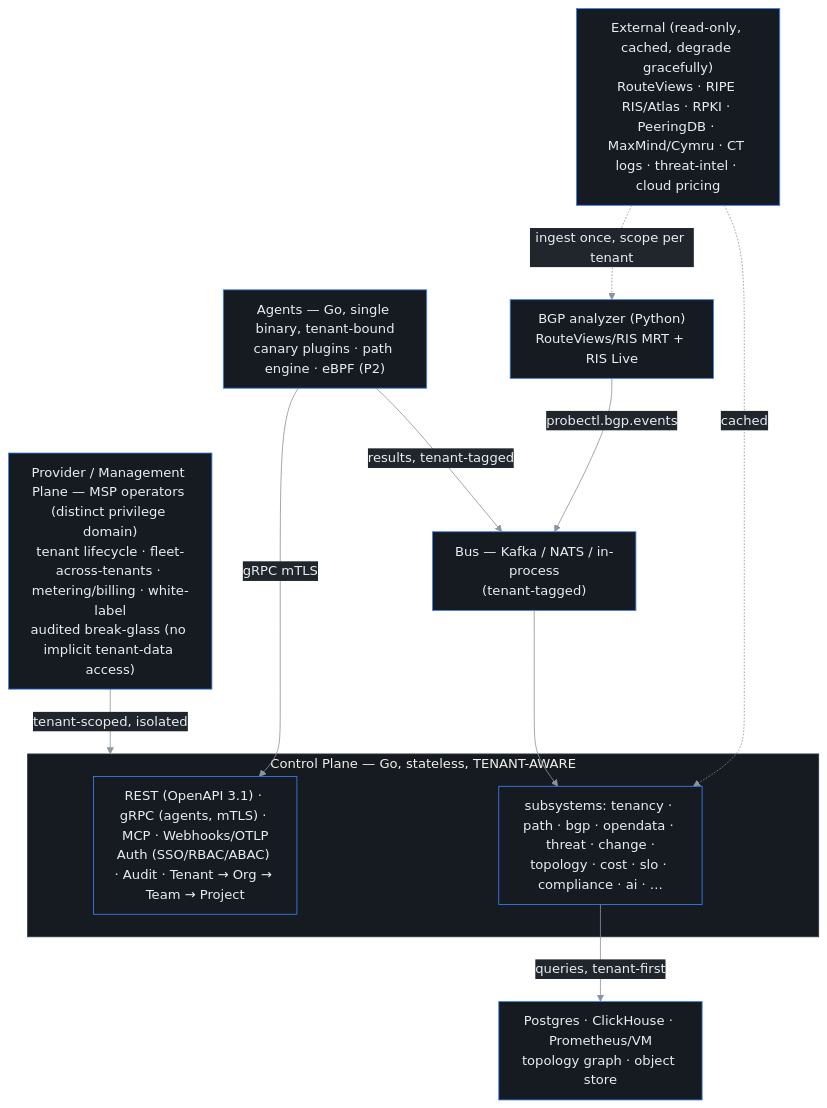
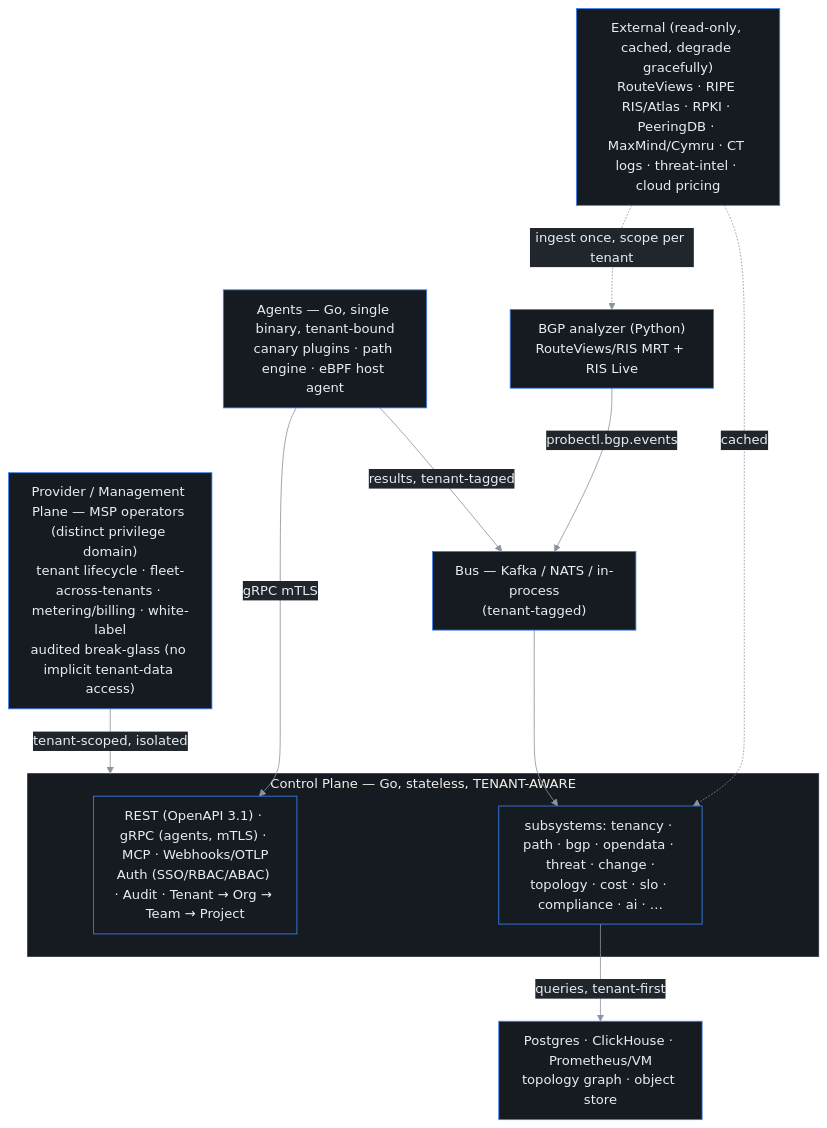
The first of 7 diagrams in docs/architecture.md (ctlplne/probectl), drawn with Mermaid before and after one commit. The commit also changed other lines of this file and 36 other files, not shown here.

First line of the commit message:
docs: rewrite architecture/editions, eBPF/telemetry, security, and READMEs to ELI5 (wave 2)

````diff
--- a/docs/architecture.md
+++ b/docs/architecture.md
@@ -9,25 +16,25 @@
 ```mermaid
 %%{init: {'theme':'base','themeVariables':{'background':'#0d1117','primaryColor':'#161b22','primaryTextColor':'#e6edf3','primaryBorderColor':'#3b82f6','lineColor':'#8b949e','secondaryColor':'#21262d','tertiaryColor':'#0d1117','clusterBkg':'#161b22','clusterBorder':'#30363d','fontFamily':'ui-monospace, SFMono-Regular, Menlo, monospace'},'flowchart':{'curve':'basis','nodeSpacing':55,'rankSpacing':55,'padding':12}}}%%
 flowchart TB
     Provider["Provider / Management Plane — MSP operators (distinct privilege domain)<br/>tenant lifecycle · fleet-across-tenants · metering/billing · white-label<br/>audited break-glass (no implicit tenant-data access)"]
 
     subgraph CP["Control Plane — Go, stateless, TENANT-AWARE"]
         Edge["REST (OpenAPI 3.1) · gRPC (agents, mTLS) · MCP · Webhooks/OTLP<br/>Auth (SSO/RBAC/ABAC) · Audit · Tenant → Org → Team → Project"]
         Subsys["subsystems: tenancy · path · bgp · opendata · threat · change ·<br/>topology · cost · slo · compliance · ai · …"]
     end
 
-    Agents["Agents — Go, single binary, tenant-bound<br/>canary plugins · path engine · eBPF (P2)"]
+    Agents["Agents — Go, single binary, tenant-bound<br/>canary plugins · path engine · eBPF host agent"]
     Analyzer["BGP analyzer (Python)<br/>RouteViews/RIS MRT + RIS Live"]
     Bus["Bus — Kafka / NATS / in-process<br/>(tenant-tagged)"]
     Stores["Postgres · ClickHouse · Prometheus/VM<br/>topology graph · object store"]
     External["External (read-only, cached, degrade gracefully)<br/>RouteViews · RIPE RIS/Atlas · RPKI · PeeringDB · MaxMind/Cymru · CT logs · threat-intel · cloud pricing"]
 
     Provider -->|tenant-scoped, isolated| CP
     Agents -->|gRPC mTLS| Edge
     Analyzer -->|probectl.bgp.events| Bus
     Agents -->|results, tenant-tagged| Bus
     Bus --> Subsys
     Subsys -->|queries, tenant-first| Stores
     External -.->|ingest once, scope per tenant| Analyzer
     External -.->|cached| Subsys
 ```
````
